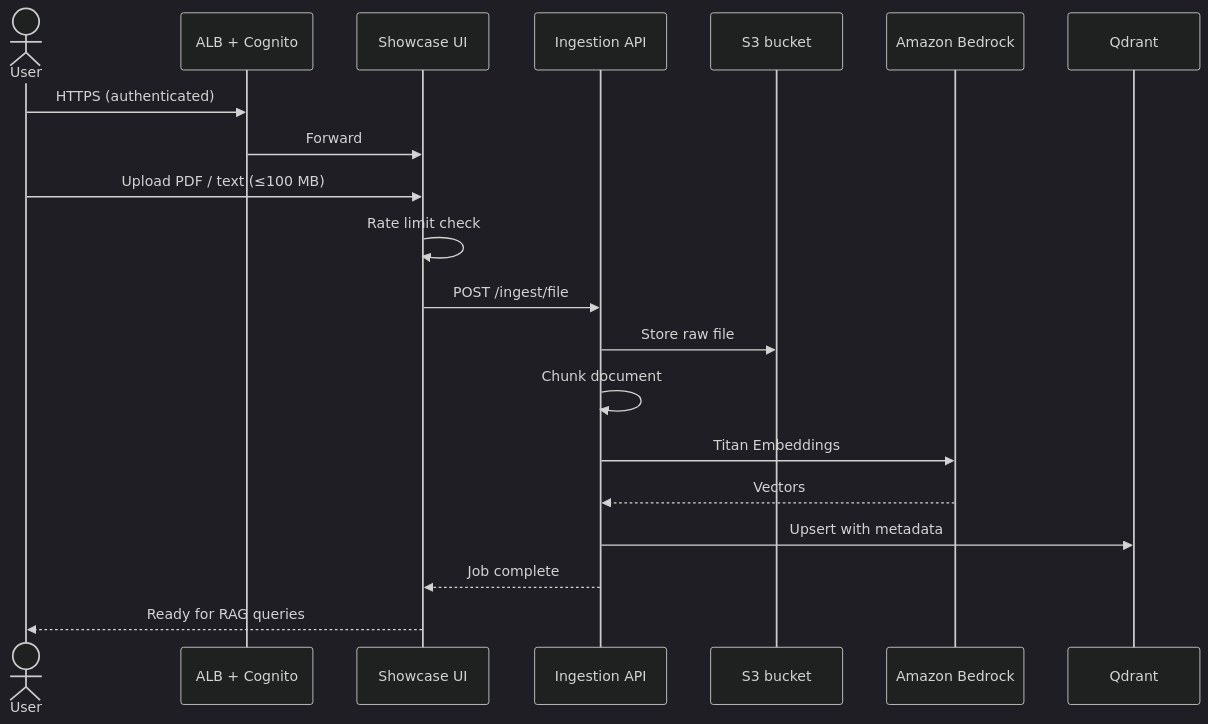
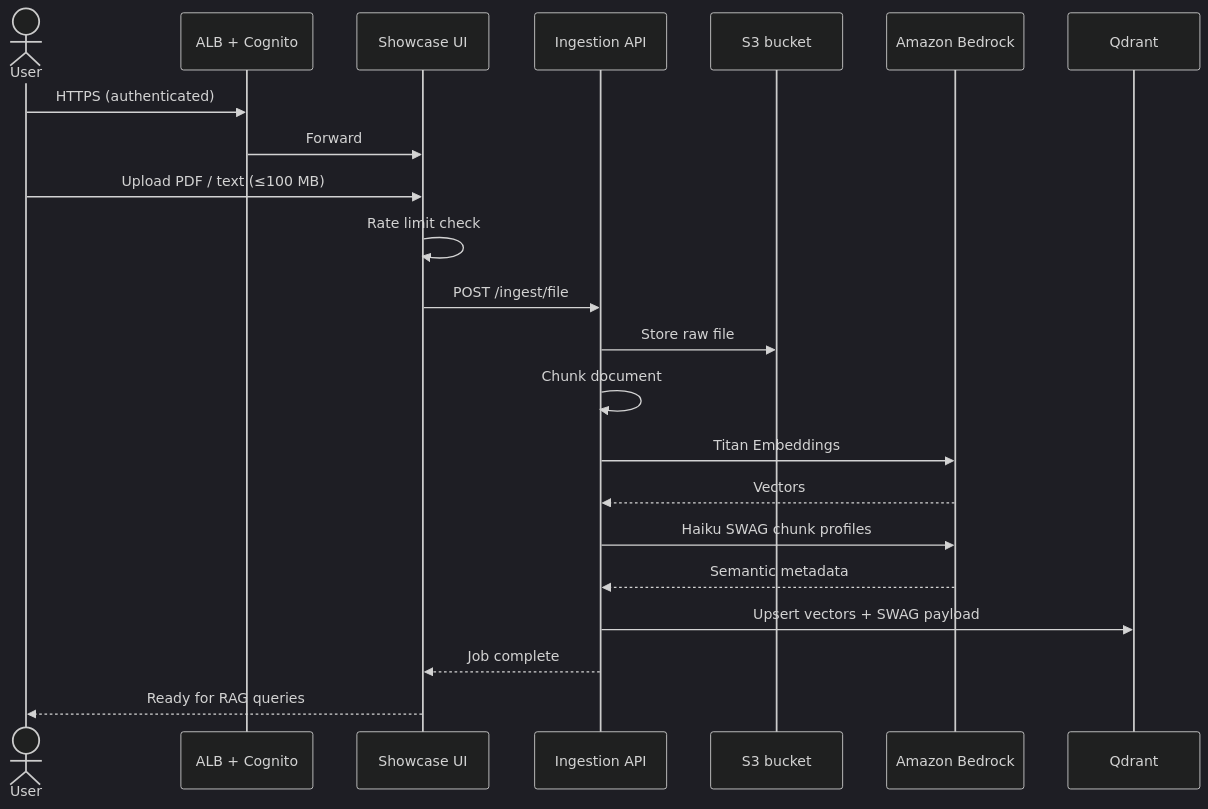
One commit to emguru/langrag changed the fourth of 7 diagrams in docs/ARCHITECTURE_DIAGRAM.md. Above: the diagram before and after it, drawn with Mermaid (dark theme). The commit also changed other lines of this file and 20 other files, not shown here.

First line of the commit message:
Add SWAG reranking layer with pipeline modes and updated architecture docs.

````diff
--- a/docs/ARCHITECTURE_DIAGRAM.md
+++ b/docs/ARCHITECTURE_DIAGRAM.md
@@ -164,23 +166,25 @@
 ```mermaid
 sequenceDiagram
   actor User
   participant ALB as ALB + Cognito
   participant UI as Showcase UI
   participant Ing as Ingestion API
   participant S3 as S3 bucket
   participant BR as Amazon Bedrock
   participant Q as Qdrant
 
   User->>ALB: HTTPS (authenticated)
   ALB->>UI: Forward
   User->>UI: Upload PDF / text (≤100 MB)
   UI->>UI: Rate limit check
   UI->>Ing: POST /ingest/file
   Ing->>S3: Store raw file
   Ing->>Ing: Chunk document
   Ing->>BR: Titan Embeddings
   BR-->>Ing: Vectors
-  Ing->>Q: Upsert with metadata
+  Ing->>BR: Haiku SWAG chunk profiles
+  BR-->>Ing: Semantic metadata
+  Ing->>Q: Upsert vectors + SWAG payload
   Ing-->>UI: Job complete
   UI-->>User: Ready for RAG queries
 ```
````
